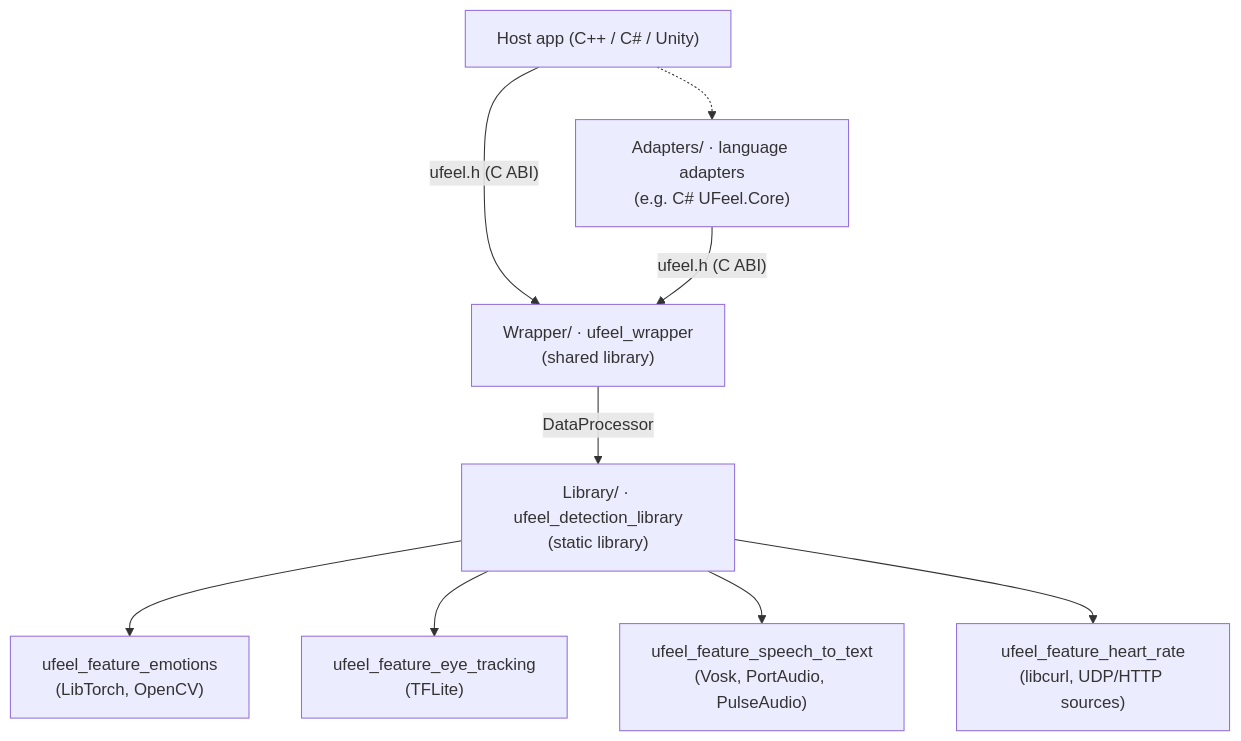
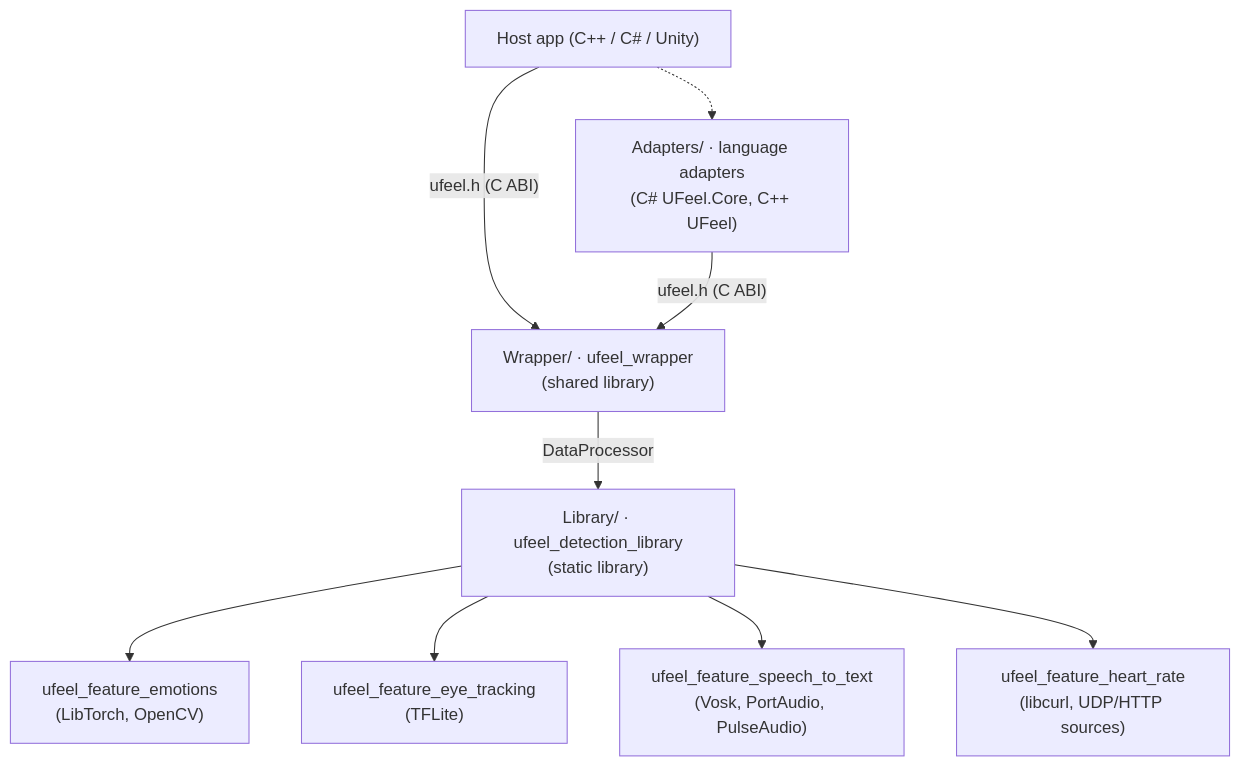
One commit to UFeel-dev/ufeel changed the diagram in docs/architecture.md. Above: the diagram before and after it, drawn with Mermaid. The commit also changed other lines of this file and 73 other files, not shown here.

````diff
--- a/docs/architecture.md
+++ b/docs/architecture.md
@@ -7,20 +7,20 @@
 ```mermaid
 flowchart TD
     Host["Host app (C++ / C# / Unity)"]
-    Adapters["Adapters/ · language adapters<br/>(e.g. C# UFeel.Core)"]
+    Adapters["Adapters/ · language adapters<br/>(C# UFeel.Core, C++ UFeel)"]
     Wrapper["Wrapper/ · ufeel_wrapper<br/>(shared library)"]
     Library["Library/ · ufeel_detection_library<br/>(static library)"]
     Emotions["ufeel_feature_emotions<br/>(LibTorch, OpenCV)"]
     EyeTracking["ufeel_feature_eye_tracking<br/>(TFLite)"]
     SpeechToText["ufeel_feature_speech_to_text<br/>(Vosk, PortAudio, PulseAudio)"]
     HeartRate["ufeel_feature_heart_rate<br/>(libcurl, UDP/HTTP sources)"]
 
     Host -->|"ufeel.h (C ABI)"| Wrapper
     Host -.-> Adapters
     Adapters -->|"ufeel.h (C ABI)"| Wrapper
     Wrapper -->|DataProcessor| Library
     Library --> Emotions
     Library --> EyeTracking
     Library --> SpeechToText
     Library --> HeartRate
 ```
````
